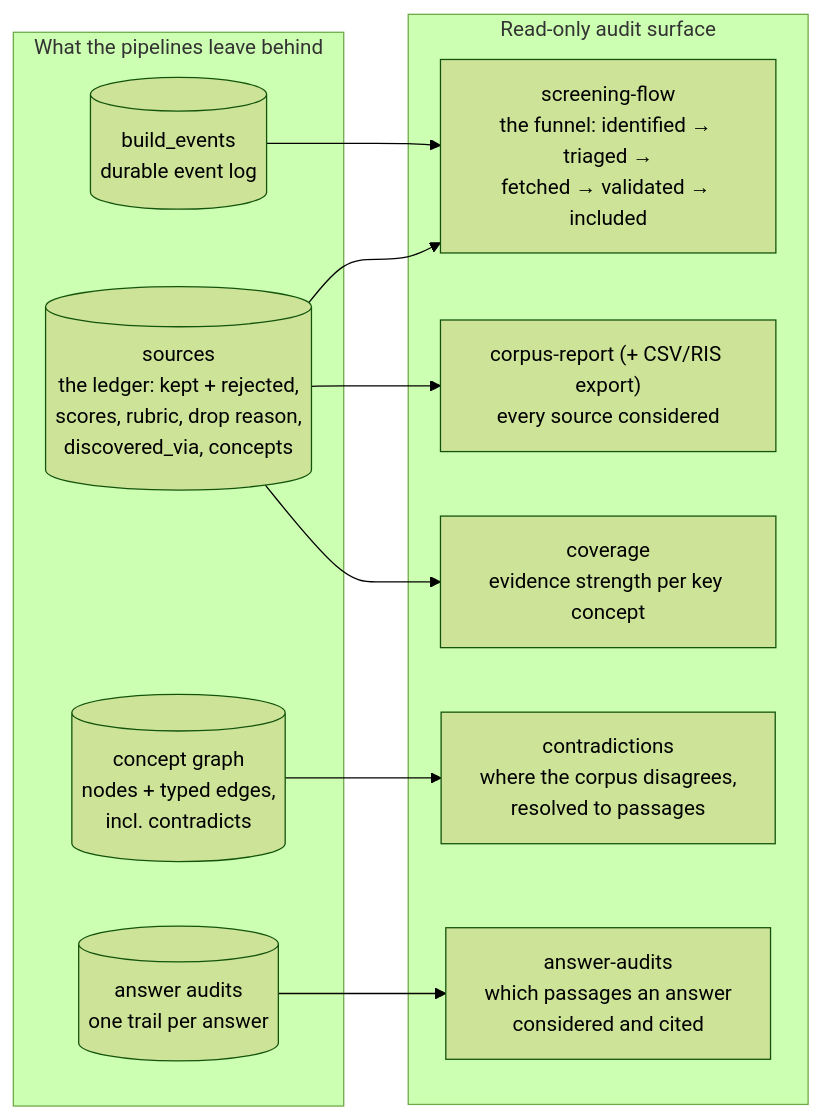
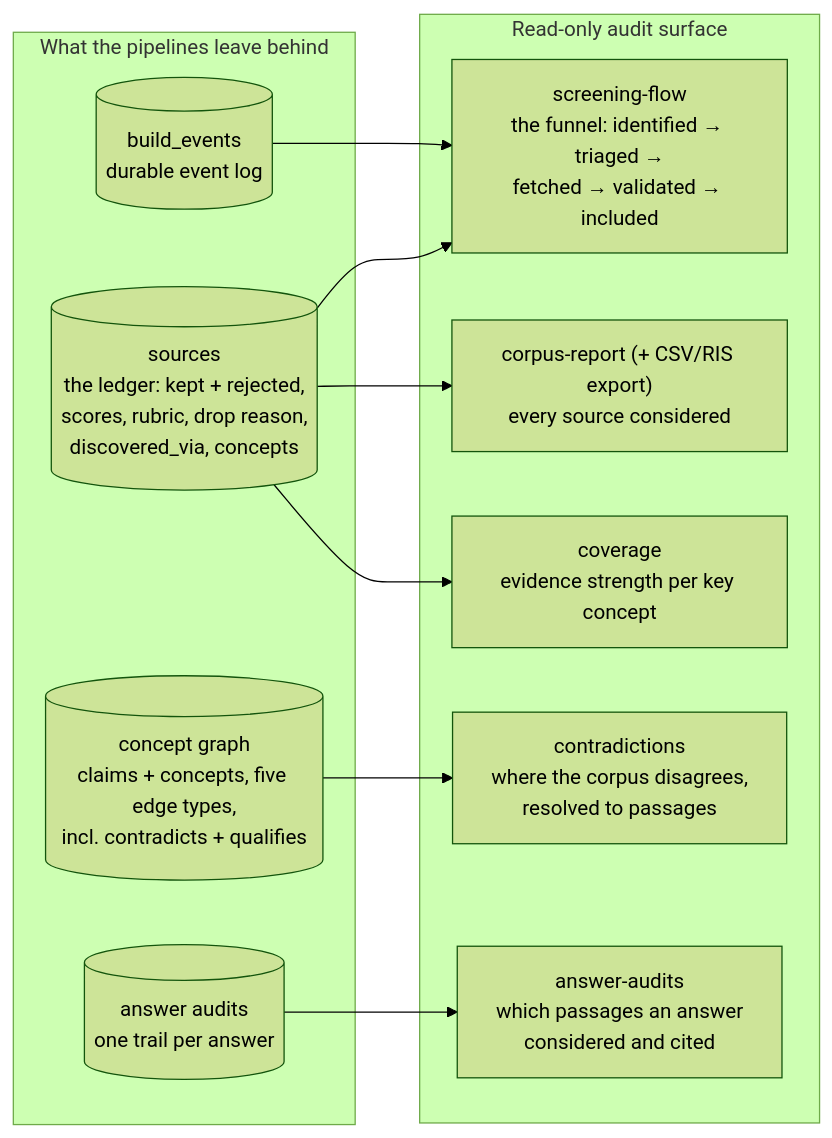
One commit to F0xhopper/Peritus changed the sixth of 7 diagrams in docs/README.md. Above: the diagram before and after it, drawn with Mermaid (forest theme). The commit also changed other lines of this file and 233 other files, not shown here.

````diff
--- a/docs/README.md
+++ b/docs/README.md
@@ -209,22 +215,22 @@
 ```mermaid
 flowchart LR
     subgraph marks ["What the pipelines leave behind"]
         EV[("build_events<br/>durable event log")]
         SRC[("sources<br/>the ledger: kept + rejected,<br/>scores, rubric, drop reason,<br/>discovered_via, concepts")]
-        GRPH[("concept graph<br/>nodes + typed edges,<br/>incl. contradicts")]
+        GRPH[("concept graph<br/>claims + concepts, five edge types,<br/>incl. contradicts + qualifies")]
         TRAIL[("answer audits<br/>one trail per answer")]
     end
     subgraph surface ["Read-only audit surface"]
         SF["screening-flow<br/>the funnel: identified → triaged →<br/>fetched → validated → included"]
         CR["corpus-report (+ CSV/RIS export)<br/>every source considered"]
         COV["coverage<br/>evidence strength per key concept"]
         CON["contradictions<br/>where the corpus disagrees,<br/>resolved to passages"]
         AA["answer-audits<br/>which passages an answer<br/>considered and cited"]
     end
     EV --> SF
     SRC --> SF
     SRC --> CR
     SRC --> COV
     GRPH --> CON
     TRAIL --> AA
 ```
````
